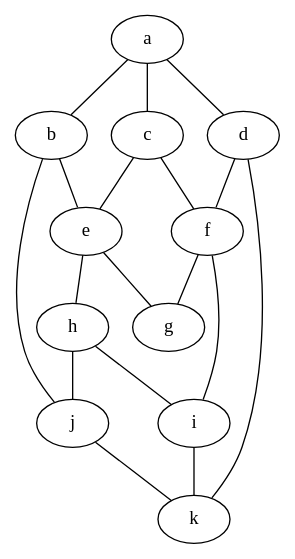
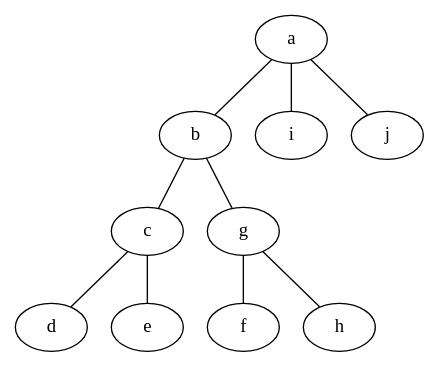
Diagram 13 of 20 in zapiski/2020-21/2021-01-06.md (jaanos/diskretne-strukture-fim), drawn with Graphviz before and after one commit. The commit also changed other lines of this file, not shown here.

````diff
--- a/zapiski/2020-21/2021-01-06.md
+++ b/zapiski/2020-21/2021-01-06.md
@@ -85,21 +253,13 @@
 ```graphviz
-graph G1 {
+graph T9 {
   a -- b
-  a -- c
-  a -- d
-  b -- e
-  b -- j
+  b -- c
+  c -- d
   c -- e
-  c -- f
-  d -- f
-  d -- k
-  e -- g
-  e -- h
-  f -- g
-  f -- i
-  h -- i
-  h -- j
-  i -- k
-  j -- k
+  g -- f
+  b -- g
+  g -- h
+  a -- i
+  a -- j
 }
 ```
````
